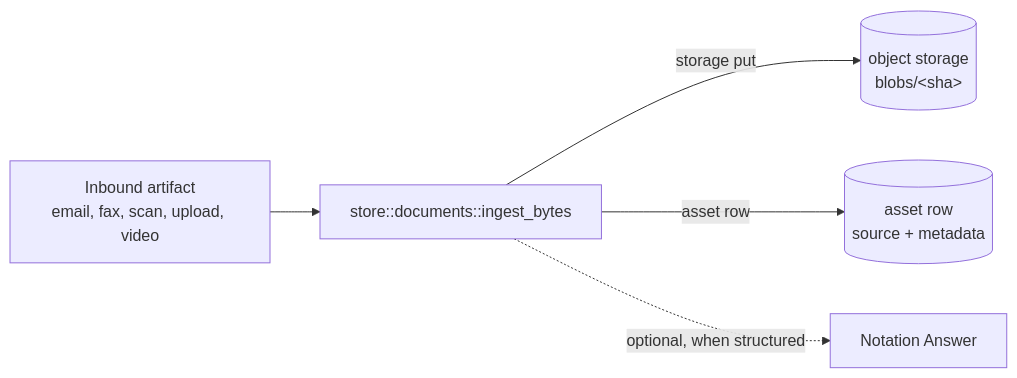
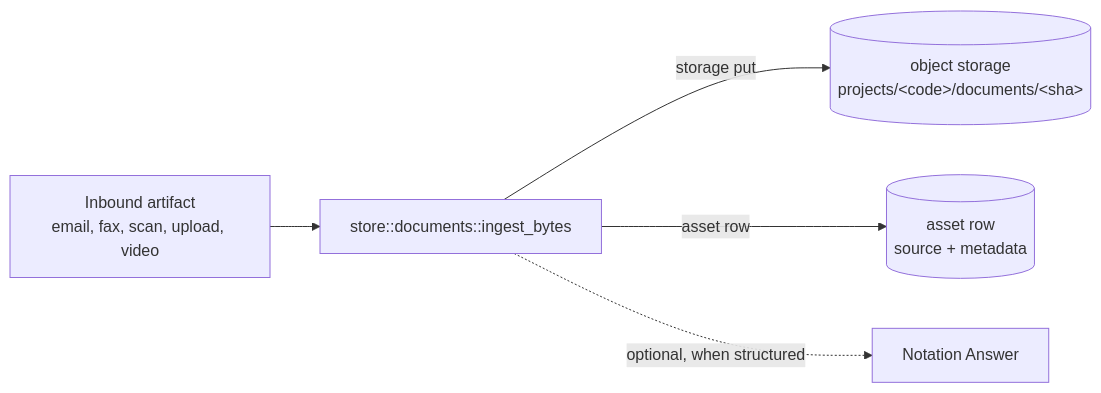
One commit to neon-law-source-code/navigator changed the diagram in docs/glossary.md. Above: the diagram before and after it, drawn with Mermaid. The commit also changed other lines of this file and 22 other files, not shown here.

First line of the commit message:
feat(documents): scope object keys by project (#403)

````diff
--- a/docs/glossary.md
+++ b/docs/glossary.md
@@ -703,8 +706,8 @@
 ```mermaid
 flowchart LR
   Inbound[Inbound artifact<br/>email, fax, scan, upload, video]
   Inbound --> Ingest[store::documents::ingest_bytes]
-  Ingest -->|storage put| Bytes[(object storage<br/>blobs/&lt;sha&gt;)]
+  Ingest -->|storage put| Bytes[(object storage<br/>projects/&lt;code&gt;/documents/&lt;sha&gt;)]
   Ingest -->|asset row| Row[(asset row<br/>source + metadata)]
   Ingest -.->|optional, when structured| Answer[Notation Answer]
 ```
````
